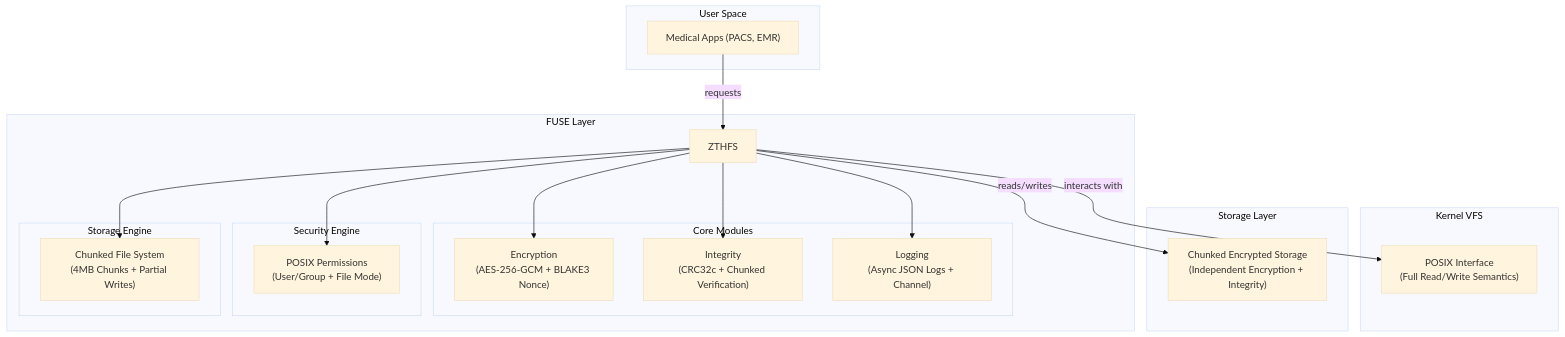
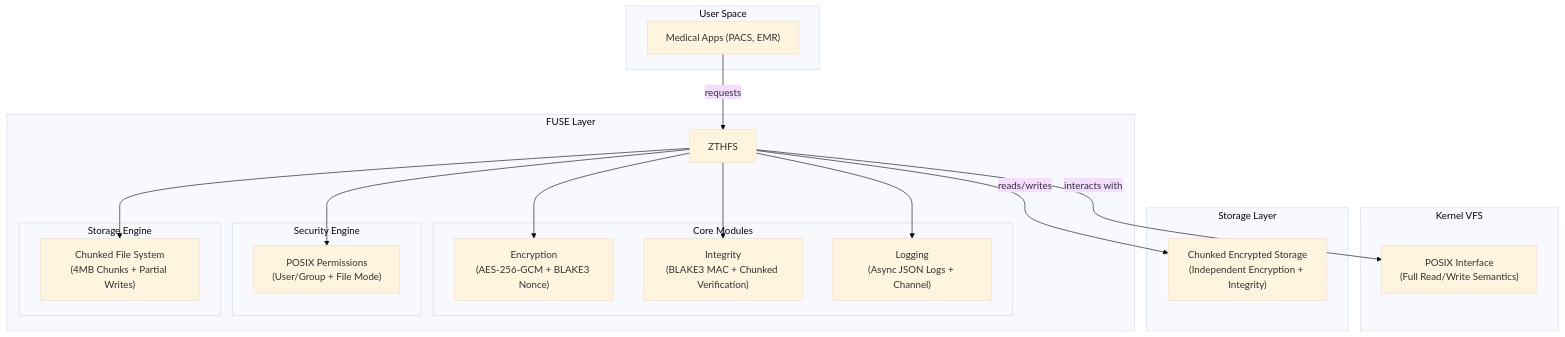
The diagram in README.md (X-FRI/zthfs), drawn with Mermaid (base theme) before and after one commit. The commit also changed other lines of this file, not shown here.

````diff
--- a/README.md
+++ b/README.md
@@ -12,38 +12,38 @@
 ```mermaid
 graph TD
     subgraph User Space
         A["Medical Apps (PACS, EMR)"]
     end
 
     subgraph FUSE Layer
         B[ZTHFS]
         subgraph Core Modules
             B1["Encryption<br/>(AES-256-GCM + BLAKE3 Nonce)"]
-            B2["Integrity<br/>(CRC32c + Chunked Verification)"]
+            B2["Integrity<br/>(BLAKE3 MAC + Chunked Verification)"]
             B3["Logging<br/>(Async JSON Logs + Channel)"]
         end
         subgraph Security Engine
             B4["POSIX Permissions<br/>(User/Group + File Mode)"]
         end
         subgraph Storage Engine
             B5["Chunked File System<br/>(4MB Chunks + Partial Writes)"]
         end
         B --> B1
         B --> B2
         B --> B3
         B --> B4
         B --> B5
     end
 
     subgraph Kernel VFS
         C["POSIX Interface<br/>(Full Read/Write Semantics)"]
     end
 
     subgraph Storage Layer
         D["Chunked Encrypted Storage<br/>(Independent Encryption + Integrity)"]
     end
 
     A -- requests --> B
     B -- interacts with --> C
     B -- reads/writes --> D
 ```
````
